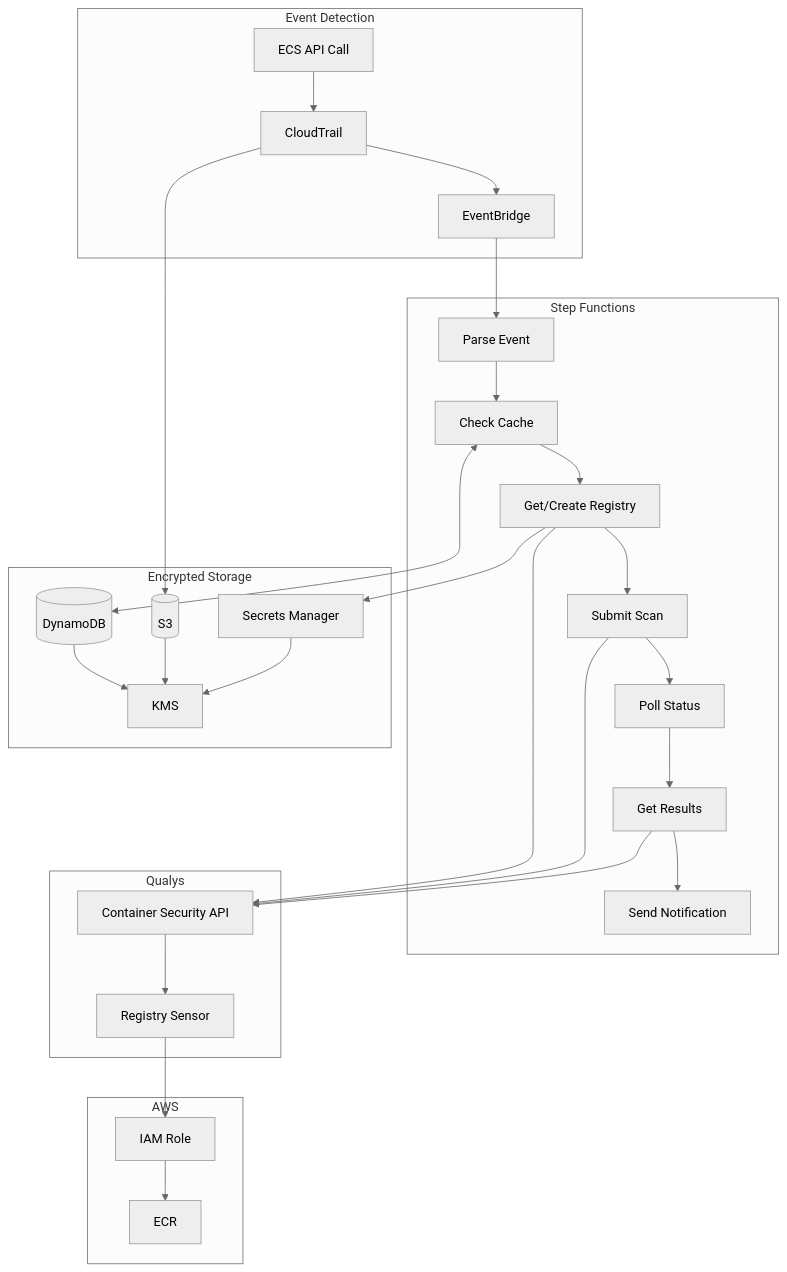
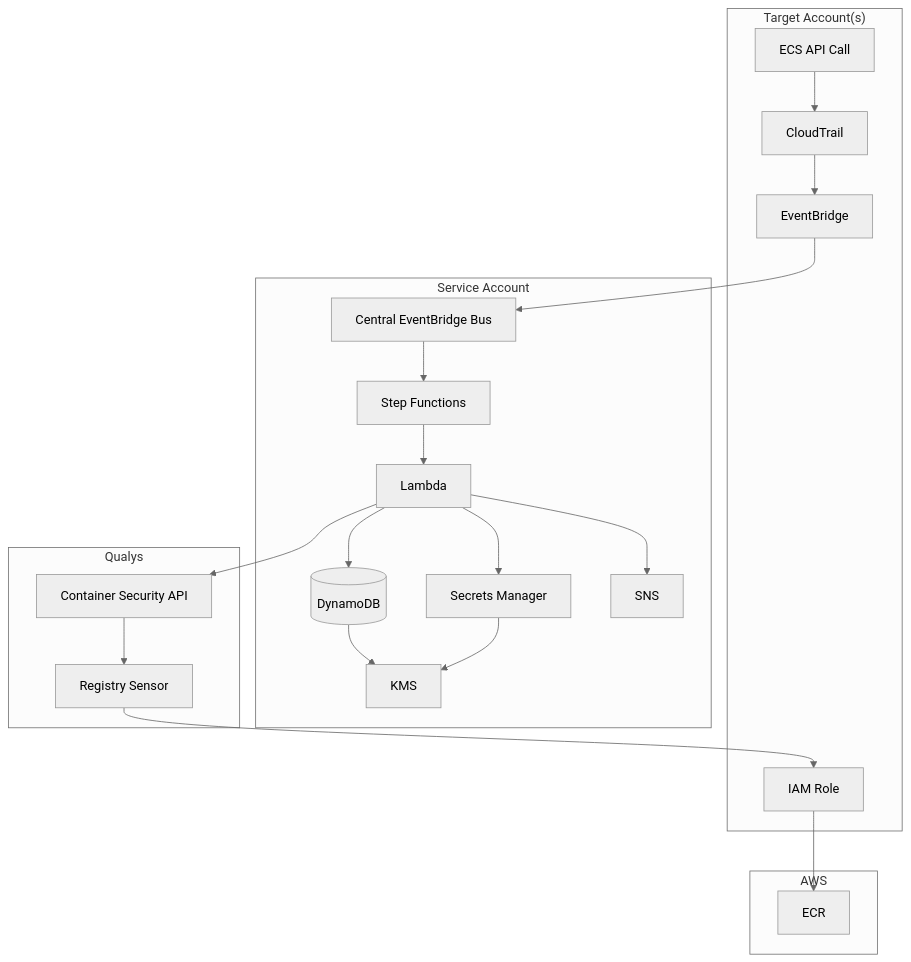
Before and after one commit to nelssec/qualys-fargate: the first of 5 diagrams in docs/blog-technical-architecture.md, drawn with Mermaid (neutral theme). The commit also changed other lines of this file and 6 other files, not shown here.

````diff
--- a/docs/blog-technical-architecture.md
+++ b/docs/blog-technical-architecture.md
@@ -18,46 +26,37 @@
 ```mermaid
 flowchart TB
-    subgraph trigger["Event Detection"]
+    subgraph target["Target Account(s)"]
         ECS[ECS API Call]
         CT[CloudTrail]
         EB[EventBridge]
+        ROLE[IAM Role]
     end
 
-    subgraph workflow["Step Functions"]
-        PARSE[Parse Event]
-        CACHE[Check Cache]
-        REG[Get/Create Registry]
-        SCAN[Submit Scan]
-        POLL[Poll Status]
-        RESULTS[Get Results]
-        NOTIFY[Send Notification]
-    end
-
-    subgraph storage["Encrypted Storage"]
+    subgraph service["Service Account"]
+        BUS[Central EventBridge Bus]
+        SF[Step Functions]
+        LAMBDA[Lambda]
         DDB[(DynamoDB)]
-        S3[(S3)]
         SM[Secrets Manager]
+        SNS[SNS]
         KMS[KMS]
     end
 
     subgraph qualys["Qualys"]
         API[Container Security API]
         SENSOR[Registry Sensor]
     end
 
-    subgraph aws["AWS"]
+    subgraph ecr["AWS"]
         ECR[ECR]
-        ROLE[IAM Role]
     end
 
-    ECS --> CT --> EB --> PARSE
-    PARSE --> CACHE --> REG --> SCAN --> POLL --> RESULTS --> NOTIFY
-    CACHE <--> DDB
-    CT --> S3
-    REG --> SM
-    DDB & S3 & SM --> KMS
-    REG --> API
-    SCAN --> API
-    RESULTS --> API
+    ECS --> CT --> EB --> BUS
+    BUS --> SF --> LAMBDA
+    LAMBDA --> DDB
+    LAMBDA --> SM
+    LAMBDA --> SNS
+    LAMBDA --> API
+    DDB & SM --> KMS
     API --> SENSOR --> ROLE --> ECR
 ```
````
